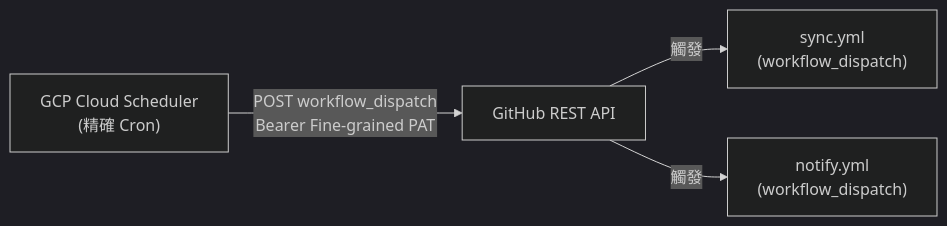
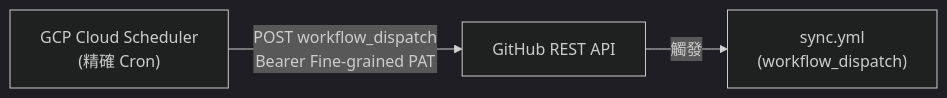
One commit to dccoding1118/more-line-points changed the first of 4 diagrams in docs/design/design-cicd.md. Above: the diagram before and after it, drawn with Mermaid. The commit also changed other lines of this file and 26 other files, not shown here.

````diff
--- a/docs/design/design-cicd.md
+++ b/docs/design/design-cicd.md
@@ -118,7 +118,6 @@
 ```mermaid
 %%{init: {'theme':'dark'}}%%
 flowchart LR
     GCP["GCP Cloud Scheduler<br/>(精確 Cron)"] -->|"POST workflow_dispatch<br/>Bearer Fine-grained PAT"| GH_API["GitHub REST API"]
     GH_API -->|"觸發"| SYNC["sync.yml<br/>(workflow_dispatch)"]
-    GH_API -->|"觸發"| NOTIFY["notify.yml<br/>(workflow_dispatch)"]
 ```
````
